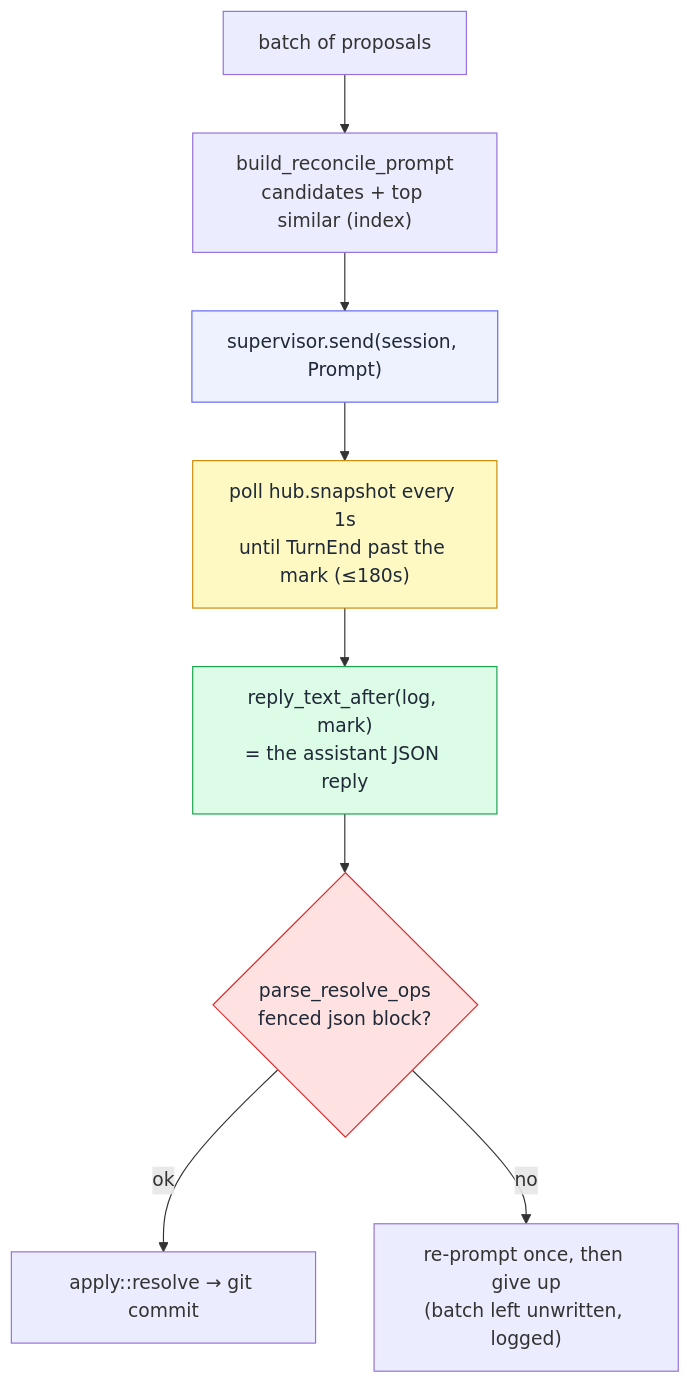
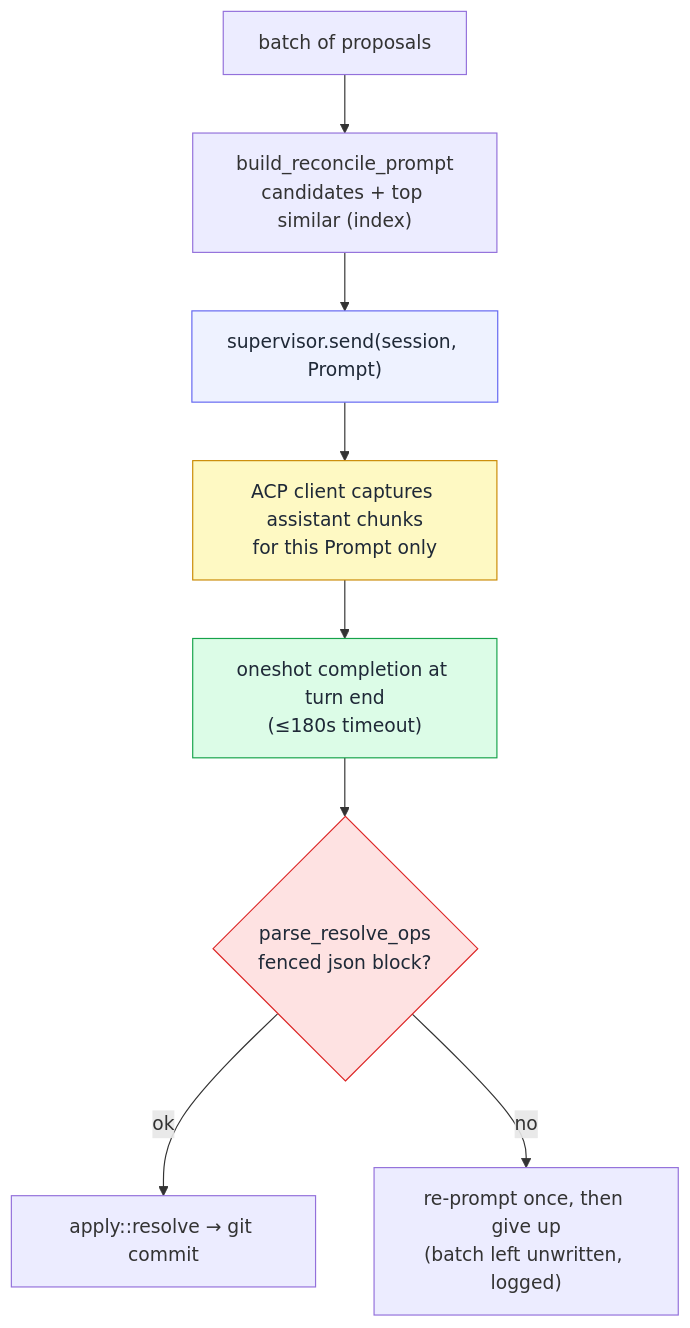
The diagram in docs/memory/04-janitor-keystone.md (dravengarden/cowboy), drawn with Mermaid before and after one commit. The commit also changed other lines of this file and 43 other files, not shown here.

````diff
--- a/docs/memory/04-janitor-keystone.md
+++ b/docs/memory/04-janitor-keystone.md
@@ -24,15 +24,15 @@
 ```mermaid
 flowchart TB
     B["batch of proposals"] --> P["build_reconcile_prompt<br/>candidates + top similar (index)"]
     P --> S["supervisor.send(session, Prompt)"]
-    S --> W["poll hub.snapshot every 1s<br/>until TurnEnd past the mark (≤180s)"]
-    W --> R["reply_text_after(log, mark)<br/>= the assistant JSON reply"]
+    S --> W["ACP client captures assistant chunks<br/>for this Prompt only"]
+    W --> R["oneshot completion at turn end<br/>(≤180s timeout)"]
     R --> J{"parse_resolve_ops<br/>fenced json block?"}
     J -- ok --> AP["apply::resolve → git commit"]
     J -- no --> RE["re-prompt once, then give up<br/>(batch left unwritten, logged)"]
 
     style S fill:#eef2ff,stroke:#6366f1,color:#1f2937
     style W fill:#fef9c3,stroke:#ca8a04,color:#1f2937
     style R fill:#dcfce7,stroke:#16a34a,color:#1f2937
     style J fill:#fee2e2,stroke:#dc2626,color:#1f2937
 ```
````
